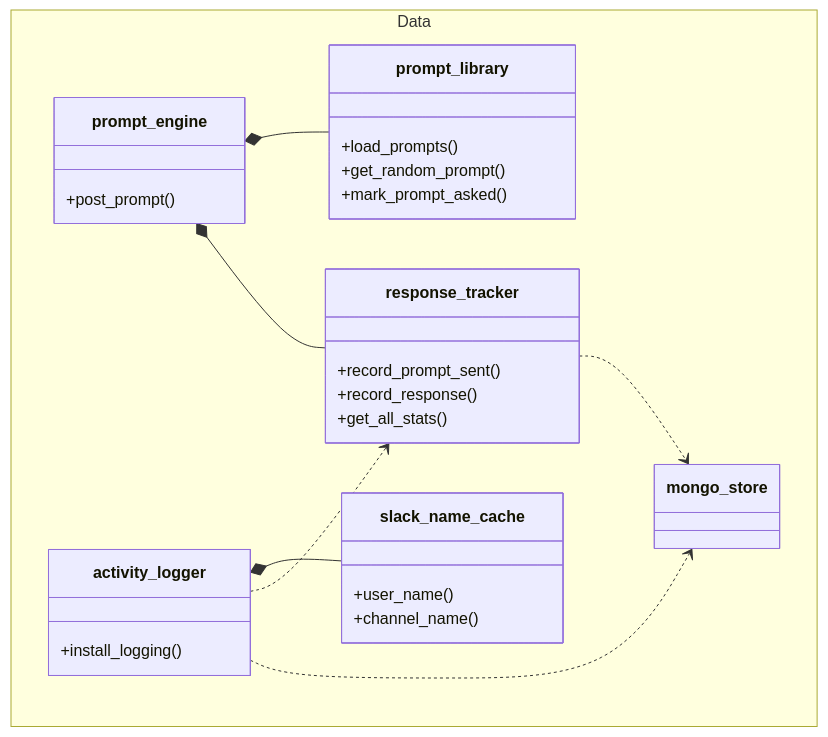
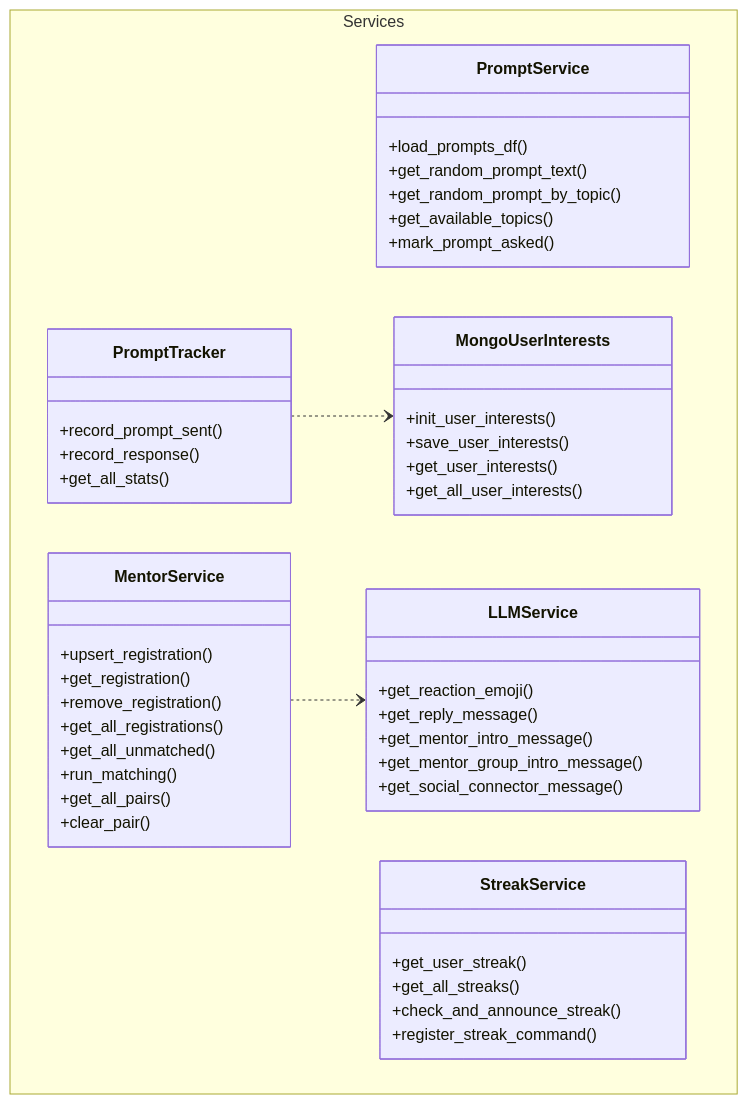
The third of 4 diagrams in documentation/docs/system-architecture/class-diagram.md (Capstone-Projects-2026-spring/project-bereal-chatbot), drawn with Mermaid before and after one commit. The commit also changed other lines of this file, not shown here.

Commit message:
updated class diagram and removed deprecated slack adapter class

````diff
--- a/documentation/docs/system-architecture/class-diagram.md
+++ b/documentation/docs/system-architecture/class-diagram.md
@@ -129,40 +151,55 @@
 ```mermaid
 classDiagram
 direction TB
-    namespace Data {
-        class prompt_engine {
-            +post_prompt()
-        }
-
-        class prompt_library {
-            +load_prompts()
-            +get_random_prompt()
+    namespace Services {
+        class PromptService {
+            +load_prompts_df()
+            +get_random_prompt_text()
+            +get_random_prompt_by_topic()
+            +get_available_topics()
             +mark_prompt_asked()
         }
 
-        class response_tracker {
+        class PromptTracker {
             +record_prompt_sent()
             +record_response()
             +get_all_stats()
         }
 
-        class activity_logger {
-            +install_logging()
+        class MongoUserInterests {
+            +init_user_interests()
+            +save_user_interests()
+            +get_user_interests()
+            +get_all_user_interests()
         }
 
-        class slack_name_cache {
-            +user_name()
-            +channel_name()
+        class LLMService {
+            +get_reaction_emoji()
+            +get_reply_message()
+            +get_mentor_intro_message()
+            +get_mentor_group_intro_message()
+            +get_social_connector_message()
         }
 
-        class mongo_store {
+        class MentorService {
+            +upsert_registration()
+            +get_registration()
+            +remove_registration()
+            +get_all_registrations()
+            +get_all_unmatched()
+            +run_matching()
+            +get_all_pairs()
+            +clear_pair()
+        }
+
+        class StreakService {
+            +get_user_streak()
+            +get_all_streaks()
+            +check_and_announce_streak()
+            +register_streak_command()
         }
     }
 
-    prompt_engine *-- prompt_library
-    prompt_engine *-- response_tracker
-    activity_logger *-- slack_name_cache
-    activity_logger ..> response_tracker
-    activity_logger ..> mongo_store
-    response_tracker ..> mongo_store
+    PromptTracker ..> MongoUserInterests
+    MentorService ..> LLMService
 ```
````
